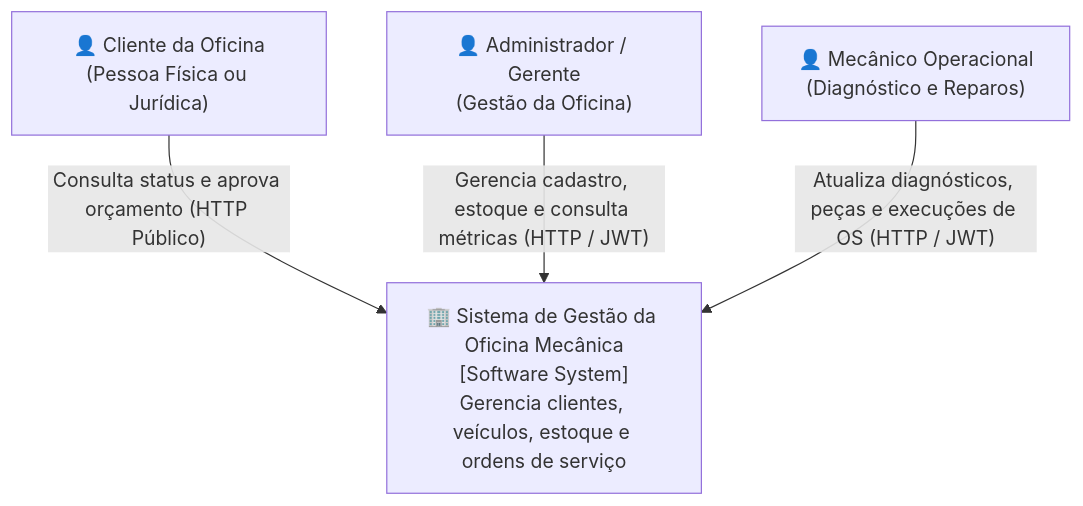
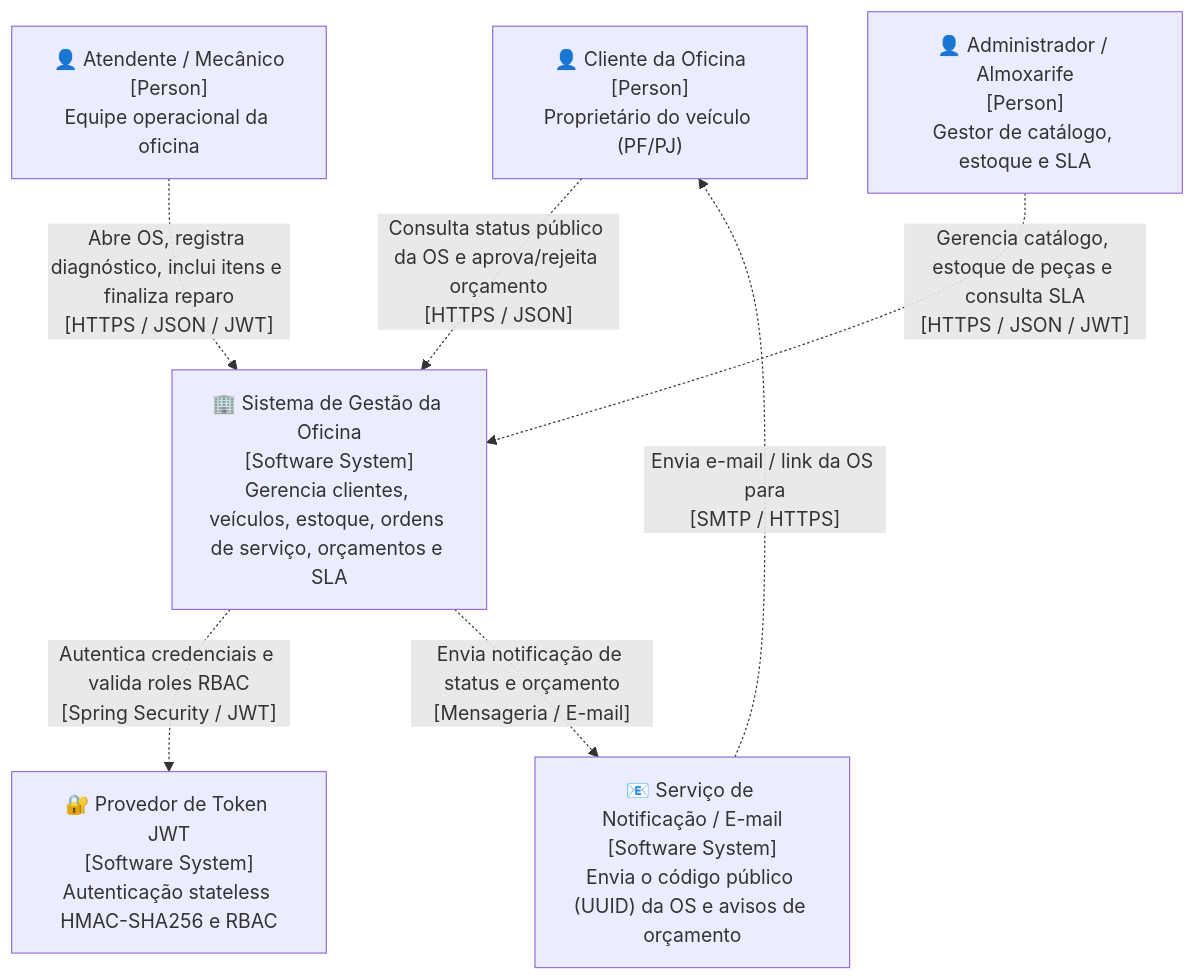
The first of 3 diagrams in docs/architecture/c4-model.md (ThiagoArakix/tech-challenge), drawn with Mermaid before and after one commit. The commit also changed other lines of this file and 77 other files, not shown here.

````diff
--- a/docs/architecture/c4-model.md
+++ b/docs/architecture/c4-model.md
@@ -11,12 +46,18 @@
 ```mermaid
 flowchart TD
-    Cliente["👤 Cliente da Oficina<br/>(Pessoa Física ou Jurídica)"]
-    Admin["👤 Administrador / Gerente<br/>(Gestão da Oficina)"]
-    Mecanico["👤 Mecânico Operacional<br/>(Diagnóstico e Reparos)"]
+    Cliente["👤 Cliente da Oficina<br/>[Person]<br/>Proprietário do veículo (PF/PJ)"]
+    Operacional["👤 Atendente / Mecânico<br/>[Person]<br/>Equipe operacional da oficina"]
+    Admin["👤 Administrador / Almoxarife<br/>[Person]<br/>Gestor de catálogo, estoque e SLA"]
 
-    SistemaOficina["🏢 Sistema de Gestão da Oficina Mecânica<br/>[Software System]<br/>Gerencia clientes, veículos, estoque e ordens de serviço"]
+    SistemaOficina["🏢 Sistema de Gestão da Oficina<br/>[Software System]<br/>Gerencia clientes, veículos, estoque, ordens de serviço, orçamentos e SLA"]
 
-    Cliente -->|"Consulta status e aprova orçamento (HTTP Público)"| SistemaOficina
-    Admin -->|"Gerencia cadastro, estoque e consulta métricas (HTTP / JWT)"| SistemaOficina
-    Mecanico -->|"Atualiza diagnósticos, peças e execuções de OS (HTTP / JWT)"| SistemaOficina
+    AuthSys["🔐 Provedor de Token JWT<br/>[Software System]<br/>Autenticação stateless HMAC-SHA256 e RBAC"]
+    NotifSys["📧 Serviço de Notificação / E-mail<br/>[Software System]<br/>Envia o código público (UUID) da OS e avisos de orçamento"]
+
+    Cliente -.->|"Consulta status público da OS e aprova/rejeita orçamento<br/>[HTTPS / JSON]"| SistemaOficina
+    Operacional -.->|"Abre OS, registra diagnóstico, inclui itens e finaliza reparo<br/>[HTTPS / JSON / JWT]"| SistemaOficina
+    Admin -.->|"Gerencia catálogo, estoque de peças e consulta SLA<br/>[HTTPS / JSON / JWT]"| SistemaOficina
+    SistemaOficina -.->|"Autentica credenciais e valida roles RBAC<br/>[Spring Security / JWT]"| AuthSys
+    SistemaOficina -.->|"Envia notificação de status e orçamento<br/>[Mensageria / E-mail]"| NotifSys
+    NotifSys -.->|"Envia e-mail / link da OS para<br/>[SMTP / HTTPS]"| Cliente
 ```
````
